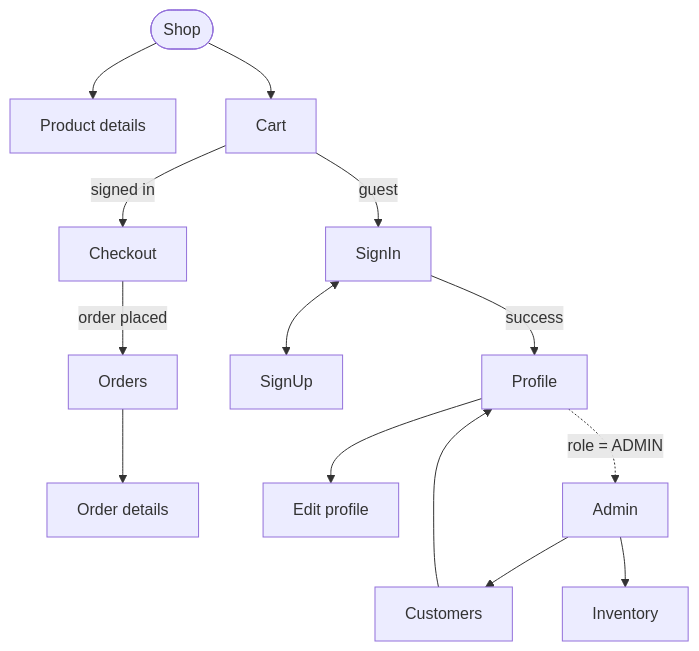
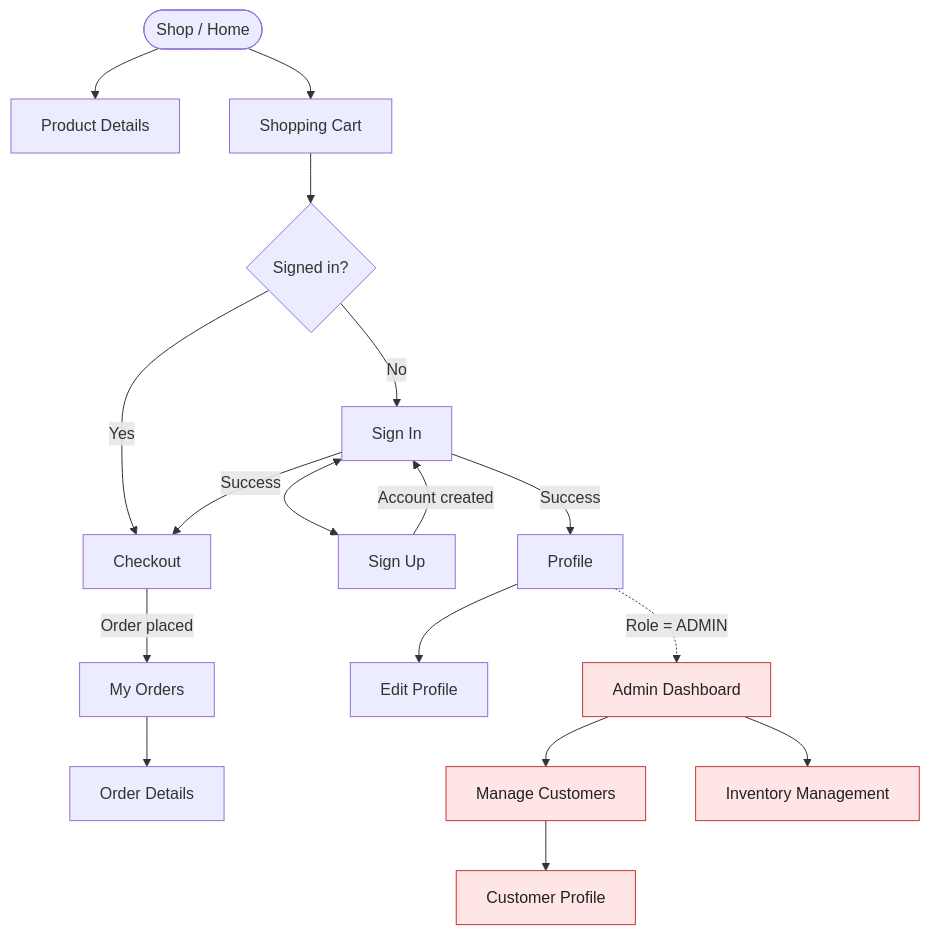
The second of 5 diagrams in README.md (walidwh21/StoreFront_Android), drawn with Mermaid before and after one commit. The commit also changed other lines of this file, not shown here.

````diff
--- a/README.md
+++ b/README.md
@@ -74,17 +93,27 @@
 ```mermaid
 flowchart TD
-    Home([Shop]) --> Detail[Product details]
-    Home --> Cart
-    Cart -->|signed in| Checkout
-    Cart -->|guest| SignIn
-    Checkout -->|order placed| Orders
-    Orders --> OrderDetail[Order details]
+    Home(["Shop / Home"]) --> Detail["Product Details"]
+    Home --> Cart["Shopping Cart"]
 
-    SignIn <--> SignUp
-    SignIn -->|success| Profile
-    Profile --> Edit[Edit profile]
+    Cart --> AuthCheck{"Signed in?"}
+    AuthCheck -->|Yes| Checkout["Checkout"]
+    AuthCheck -->|No| SignIn["Sign In"]
 
-    Profile -.->|role = ADMIN| Admin
-    Admin --> Users[Customers] --> Profile
-    Admin --> Stock[Inventory]
+    SignIn -->|Success| Checkout
+    Checkout -->|Order placed| Orders["My Orders"]
+    Orders --> OrderDetail["Order Details"]
+
+    SignIn <--> SignUp["Sign Up"]
+    SignIn -->|Success| Profile["Profile"]
+    SignUp -->|Account created| SignIn
+
+    Profile --> Edit["Edit Profile"]
+
+    Profile -.->|Role = ADMIN| Admin["Admin Dashboard"]
+    Admin --> Users["Manage Customers"]
+    Users --> CustomerProfile["Customer Profile"]
+    Admin --> Stock["Inventory Management"]
+
+    classDef admin fill:#ffe5e5,stroke:#cc3333,color:#222
+    class Admin,Users,CustomerProfile,Stock admin
 ```
````
